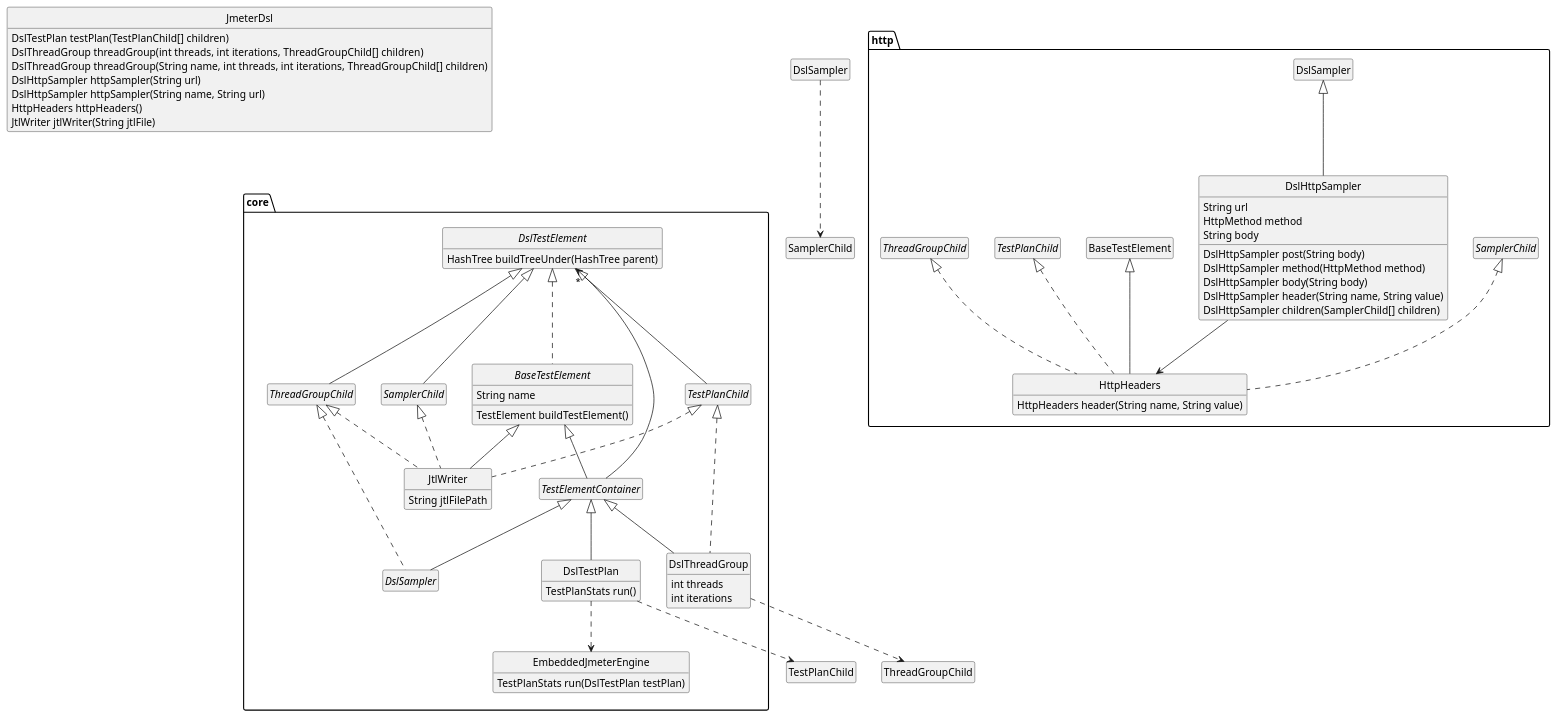
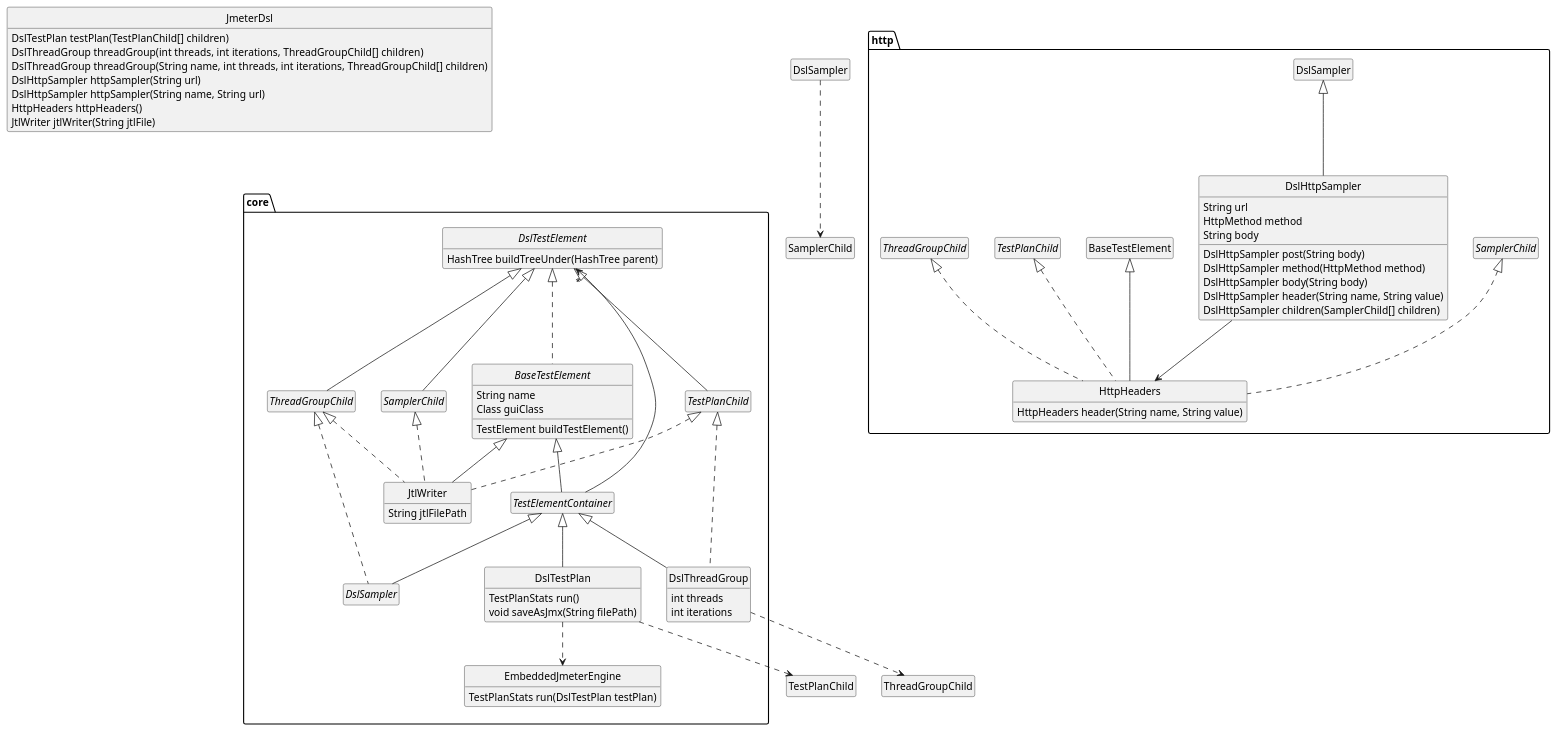
One commit to abstracta/jmeter-java-dsl changed the diagram in docs/classes.puml. Above: the diagram before and after it, drawn with PlantUML. The commit also changed 16 other files, not shown here.

```diff
--- a/docs/classes.puml
+++ b/docs/classes.puml
@@ -1,89 +1,91 @@
 @startuml
 
 skinparam monochrome true
 hide empty members
 hide circle
 
 class JmeterDsl {
   DslTestPlan testPlan(TestPlanChild[] children)
   DslThreadGroup threadGroup(int threads, int iterations, ThreadGroupChild[] children)
   DslThreadGroup threadGroup(String name, int threads, int iterations, ThreadGroupChild[] children)
   DslHttpSampler httpSampler(String url)
   DslHttpSampler httpSampler(String name, String url)
   HttpHeaders httpHeaders()
   JtlWriter jtlWriter(String jtlFile)
 }
 
 package core {
 
   interface DslTestElement {
     HashTree buildTreeUnder(HashTree parent)
   }
 
   abstract class BaseTestElement implements DslTestElement {
     String name
+    Class guiClass
     TestElement buildTestElement()
   }
 
   abstract class TestElementContainer extends BaseTestElement {
   }
 
   class DslTestPlan extends TestElementContainer {
     TestPlanStats run()
+    void saveAsJmx(String filePath)
   }
 
   interface TestPlanChild extends DslTestElement {
   }
 
   class EmbeddedJmeterEngine {
     TestPlanStats run(DslTestPlan testPlan)
   }
 
   class DslThreadGroup extends TestElementContainer implements TestPlanChild {
     int threads
     int iterations
   }
 
   interface ThreadGroupChild extends DslTestElement {
   }
 
   abstract class DslSampler extends TestElementContainer implements ThreadGroupChild {
   }
 
   interface SamplerChild extends DslTestElement {
   }
 
   class JtlWriter extends BaseTestElement implements TestPlanChild, ThreadGroupChild, SamplerChild {
     String jtlFilePath
   }
 
 }
 
 package http {
 
   class DslHttpSampler extends DslSampler {
     String url
     HttpMethod method
     String body
     DslHttpSampler post(String body)
     DslHttpSampler method(HttpMethod method)
     DslHttpSampler body(String body)
     DslHttpSampler header(String name, String value)
     DslHttpSampler children(SamplerChild[] children)
   }
 
   class HttpHeaders extends BaseTestElement implements TestPlanChild, ThreadGroupChild, SamplerChild {
     HttpHeaders header(String name, String value)
   }
 
 }
 
 JmeterDsl -[hidden]- core
 TestElementContainer -up-> "*" DslTestElement
 DslTestPlan ..> TestPlanChild
 DslThreadGroup ..> ThreadGroupChild
 DslTestPlan ..> EmbeddedJmeterEngine
 DslSampler ..> SamplerChild
 DslHttpSampler --> HttpHeaders
 
 @enduml
```
